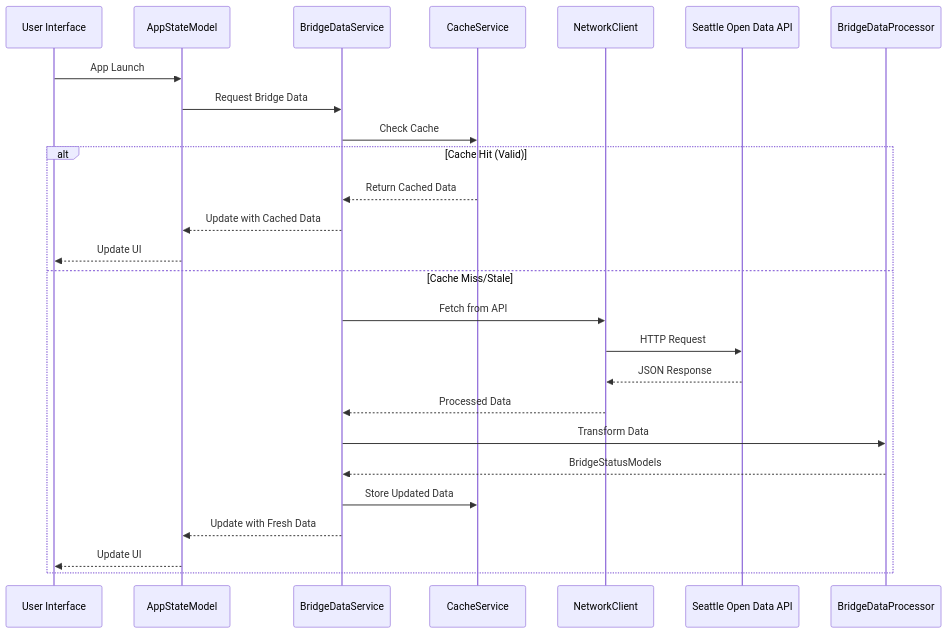
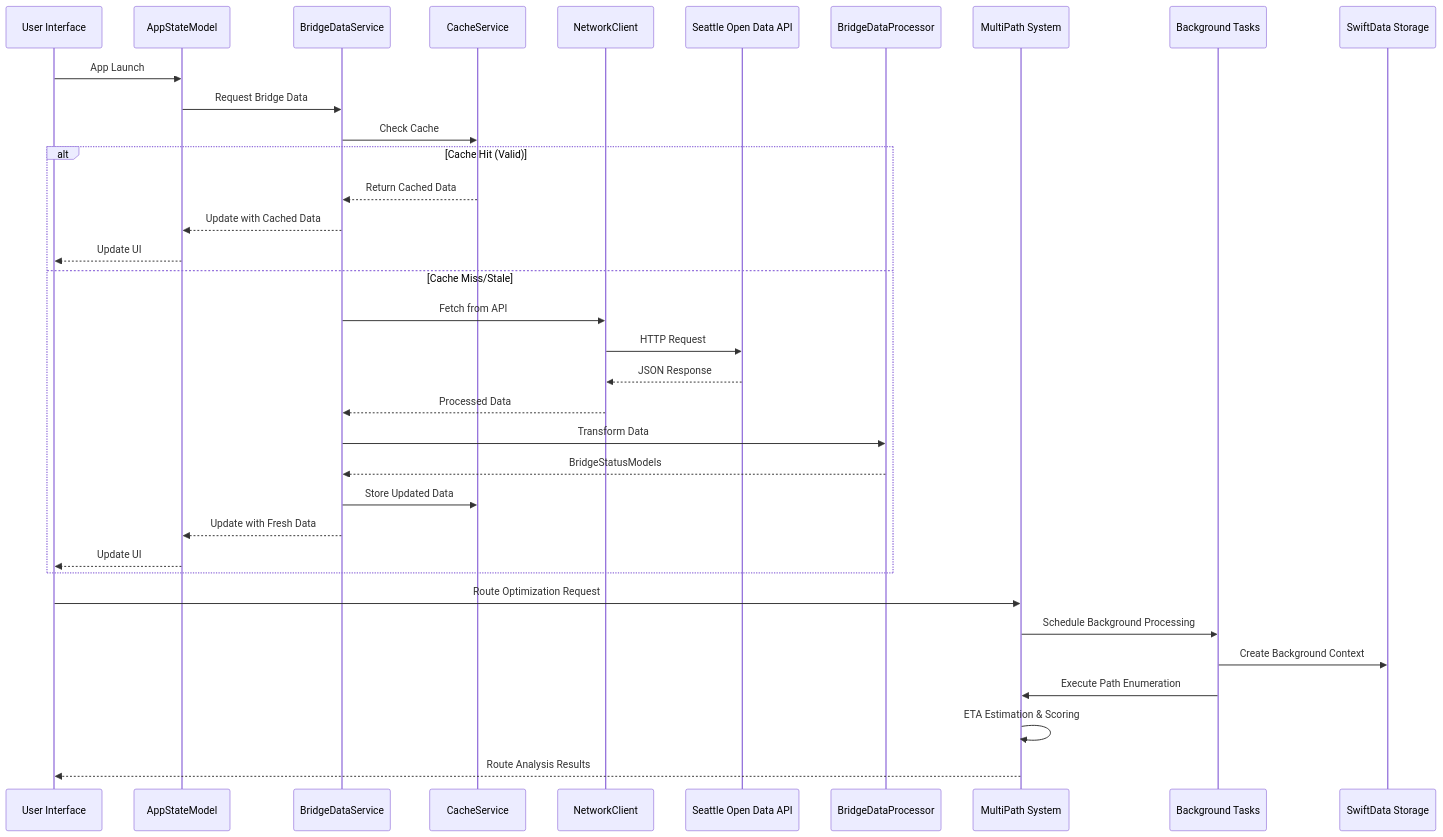
One commit to PeterJemley/Bridget-v2-beta changed the diagram in BridgetDocumentation.docc/DataFlow.md. Above: the diagram before and after it, drawn with Mermaid. The commit also changed other lines of this file and 4 other files, not shown here.

First line of the commit message:
docs: Update MultiPath system architecture and documentation

````diff
--- a/BridgetDocumentation.docc/DataFlow.md
+++ b/BridgetDocumentation.docc/DataFlow.md
@@ -11,29 +11,41 @@
 ```mermaid
 sequenceDiagram
     participant UI as User Interface
     participant State as AppStateModel
     participant Service as BridgeDataService
     participant Cache as CacheService
     participant Network as NetworkClient
     participant API as Seattle Open Data API
     participant Processor as BridgeDataProcessor
+    
+    participant MultiPath as MultiPath System
+    participant Background as Background Tasks
+    participant SwiftData as SwiftData Storage
 
     UI->>State: App Launch
     State->>Service: Request Bridge Data
     Service->>Cache: Check Cache
     alt Cache Hit (Valid)
         Cache-->>Service: Return Cached Data
         Service-->>State: Update with Cached Data
         State-->>UI: Update UI
     else Cache Miss/Stale
         Service->>Network: Fetch from API
         Network->>API: HTTP Request
         API-->>Network: JSON Response
         Network-->>Service: Processed Data
         Service->>Processor: Transform Data
         Processor-->>Service: BridgeStatusModels
         Service->>Cache: Store Updated Data
         Service-->>State: Update with Fresh Data
         State-->>UI: Update UI
     end
+    
+    %% MultiPath System Flow
+    UI->>MultiPath: Route Optimization Request
+    MultiPath->>Background: Schedule Background Processing
+    Background->>SwiftData: Create Background Context
+    Background->>MultiPath: Execute Path Enumeration
+    MultiPath->>MultiPath: ETA Estimation & Scoring
+    MultiPath-->>UI: Route Analysis Results
 ```
````
